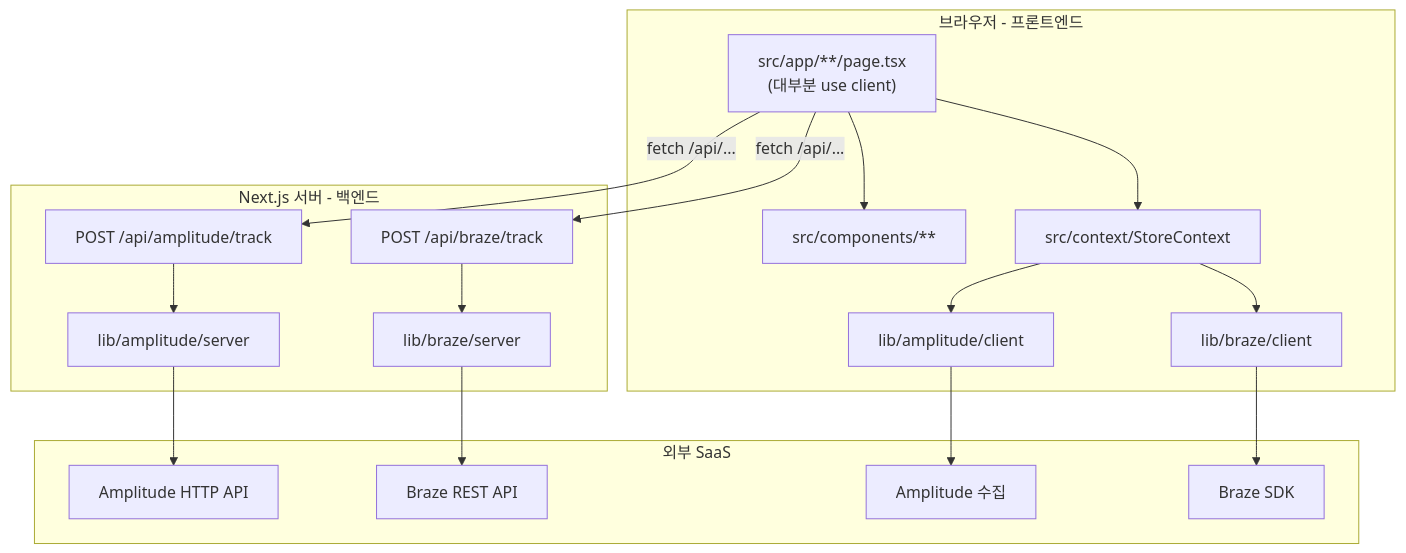
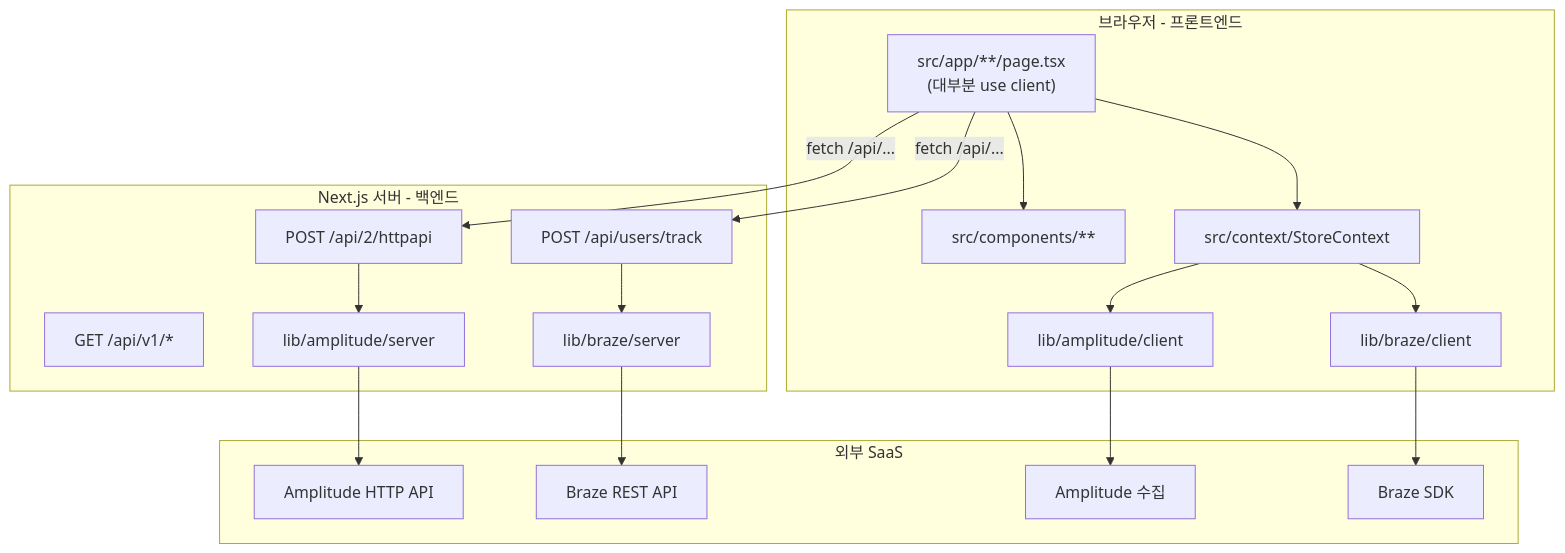
Before and after one commit to devbyjunha/techstore-nextjs: the diagram in docs/PROJECT.md, drawn with Mermaid. The commit also changed other lines of this file and 57 other files, not shown here.

````diff
--- a/docs/PROJECT.md
+++ b/docs/PROJECT.md
@@ -87,37 +87,38 @@
 ```mermaid
 flowchart TB
   subgraph browser [브라우저 - 프론트엔드]
     Pages["src/app/**/page.tsx\n(대부분 use client)"]
     Components["src/components/**"]
     Context["src/context/StoreContext"]
     AmpClient["lib/amplitude/client"]
     BrazeClient["lib/braze/client"]
     Pages --> Components
     Pages --> Context
     Context --> AmpClient
     Context --> BrazeClient
   end
 
   subgraph nextServer [Next.js 서버 - 백엔드]
-    ApiAmp["POST /api/amplitude/track"]
-    ApiBraze["POST /api/braze/track"]
+    ApiAmp["POST /api/2/httpapi"]
+    ApiBraze["POST /api/users/track"]
+    ApiV1["GET /api/v1/*"]
     AmpServer["lib/amplitude/server"]
     BrazeServer["lib/braze/server"]
     ApiAmp --> AmpServer
     ApiBraze --> BrazeServer
   end
 
   subgraph external [외부 SaaS]
     AmplitudeAPI["Amplitude HTTP API"]
     BrazeREST["Braze REST API"]
     AmpSDK["Amplitude 수집"]
     BrazeSDK["Braze SDK"]
   end
 
   AmpClient --> AmpSDK
   BrazeClient --> BrazeSDK
   Pages -->|"fetch /api/..."| ApiAmp
   Pages -->|"fetch /api/..."| ApiBraze
   AmpServer --> AmplitudeAPI
   BrazeServer --> BrazeREST
 ```
````
